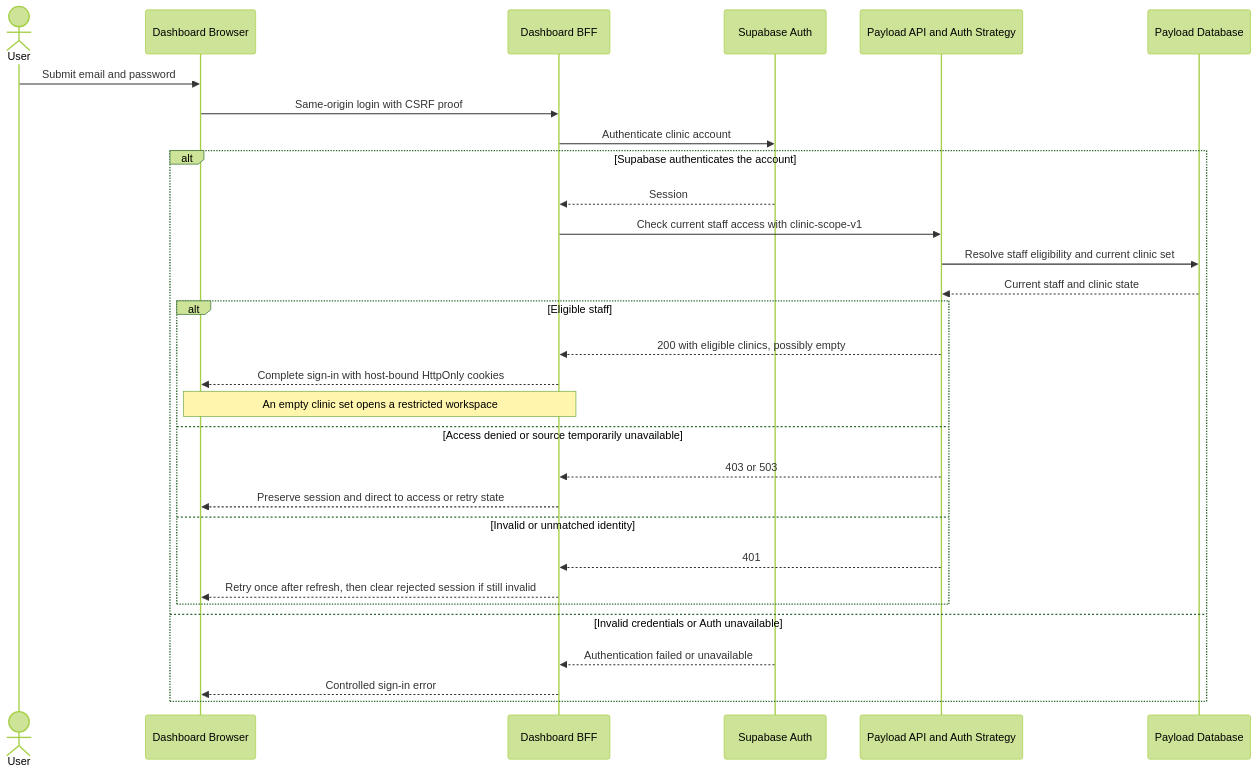
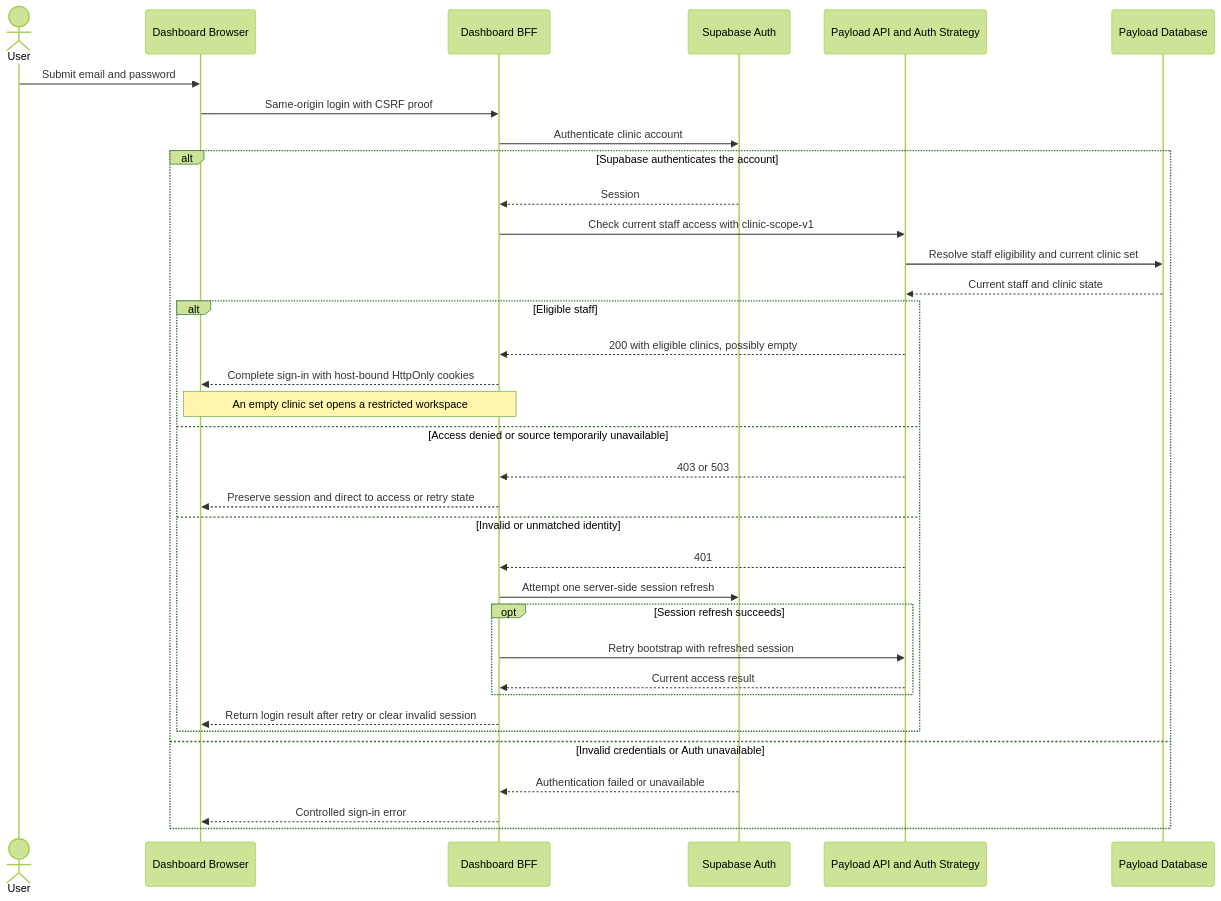
One commit to findmydoc-platform/website changed the second of 4 diagrams in docs/security/auth-flow-diagram.md. Above: the diagram before and after it, drawn with Mermaid (forest theme).

Commit message:
docs: show login refresh in the dashboard bff

````diff
--- a/docs/security/auth-flow-diagram.md
+++ b/docs/security/auth-flow-diagram.md
@@ -33,33 +33,38 @@
 ```mermaid
 sequenceDiagram
     actor User
     participant Browser as Dashboard Browser
     participant BFF as Dashboard BFF
     participant Supabase as Supabase Auth
     participant Payload as Payload API and Auth Strategy
     participant DB as Payload Database
 
     User->>Browser: Submit email and password
     Browser->>BFF: Same-origin login with CSRF proof
     BFF->>Supabase: Authenticate clinic account
     alt Supabase authenticates the account
         Supabase-->>BFF: Session
         BFF->>Payload: Check current staff access with clinic-scope-v1
         Payload->>DB: Resolve staff eligibility and current clinic set
         DB-->>Payload: Current staff and clinic state
         alt Eligible staff
             Payload-->>BFF: 200 with eligible clinics, possibly empty
             BFF-->>Browser: Complete sign-in with host-bound HttpOnly cookies
             Note over Browser,BFF: An empty clinic set opens a restricted workspace
         else Access denied or source temporarily unavailable
             Payload-->>BFF: 403 or 503
             BFF-->>Browser: Preserve session and direct to access or retry state
         else Invalid or unmatched identity
             Payload-->>BFF: 401
-            BFF-->>Browser: Retry once after refresh, then clear rejected session if still invalid
+            BFF->>Supabase: Attempt one server-side session refresh
+            opt Session refresh succeeds
+                BFF->>Payload: Retry bootstrap with refreshed session
+                Payload-->>BFF: Current access result
+            end
+            BFF-->>Browser: Return login result after retry or clear invalid session
         end
     else Invalid credentials or Auth unavailable
         Supabase-->>BFF: Authentication failed or unavailable
         BFF-->>Browser: Controlled sign-in error
     end
 ```
````
